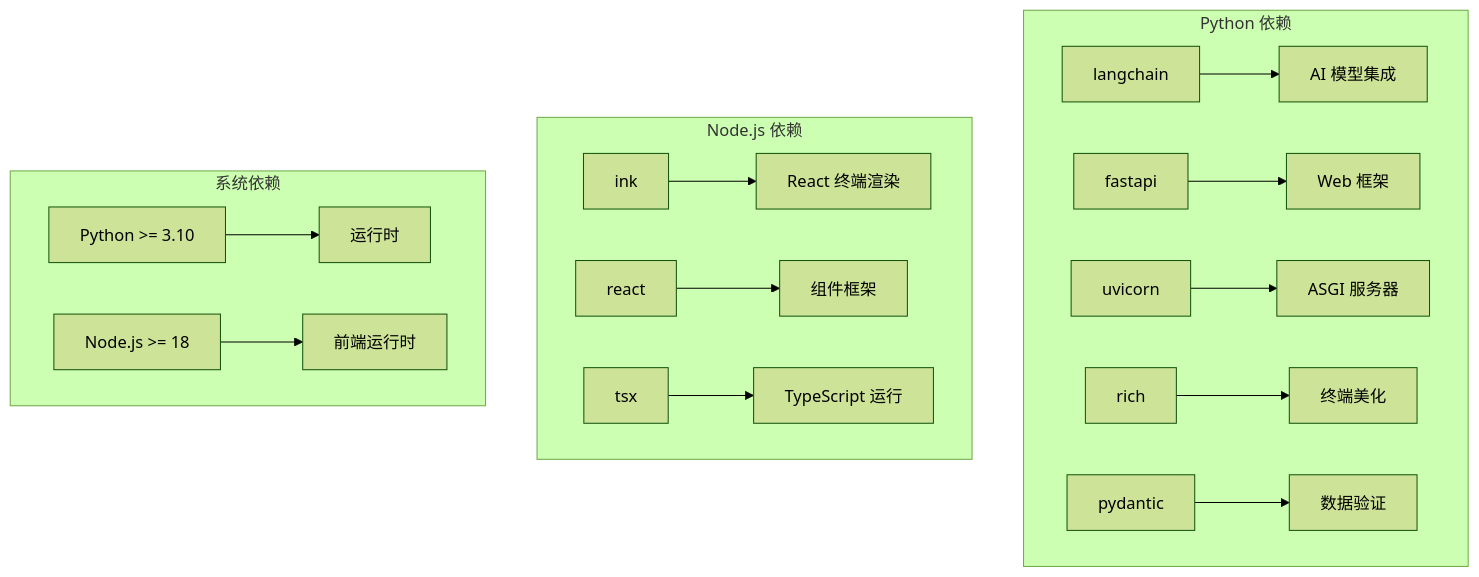
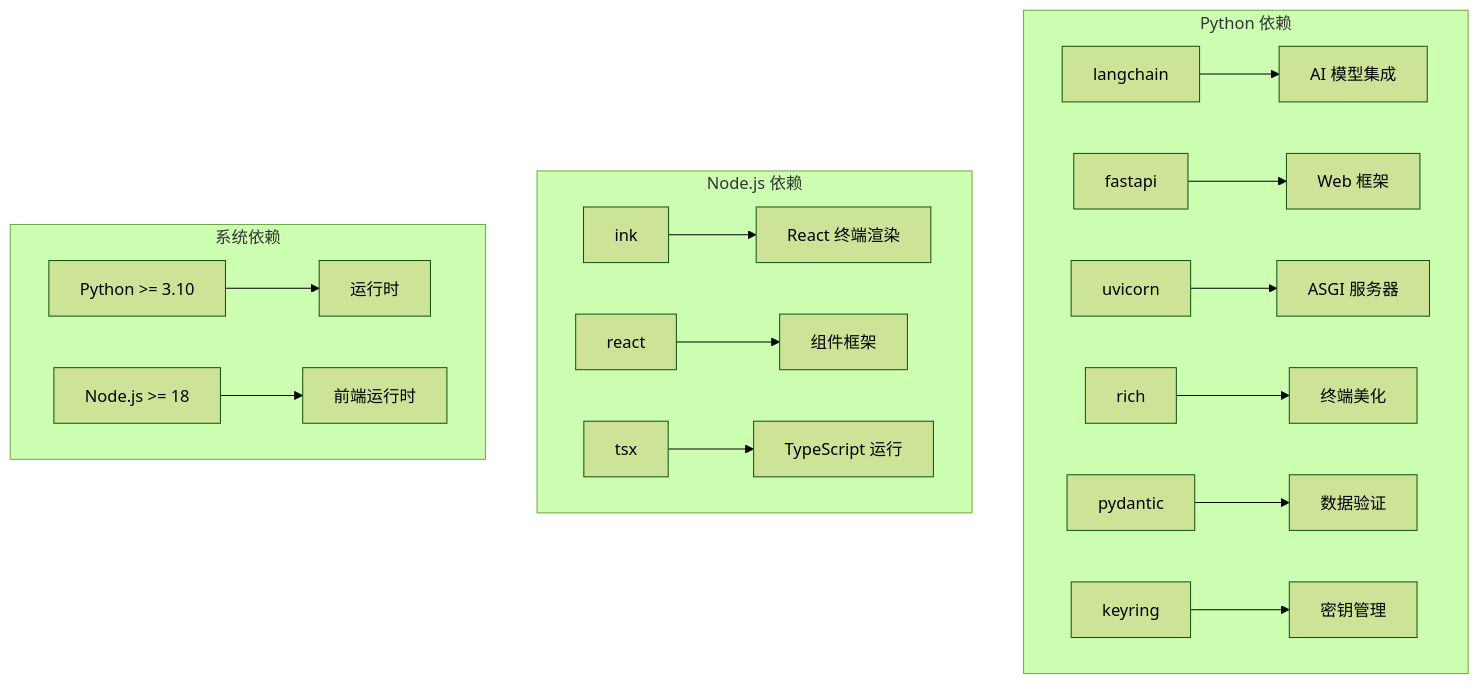
One commit to iammm0/secbot changed the seventh of 8 diagrams in .qoder/repowiki/zh/content/Cli System.md. Above: the diagram before and after it, drawn with Mermaid (forest theme). The commit also changed other lines of this file and 10 other files, not shown here.

````diff
--- a/.qoder/repowiki/zh/content/Cli System.md
+++ b/.qoder/repowiki/zh/content/Cli System.md
@@ -315,19 +336,20 @@
 ```mermaid
 graph TB
 subgraph "Python 依赖"
 A[langchain] --> B[AI 模型集成]
 C[fastapi] --> D[Web 框架]
 E[uvicorn] --> F[ASGI 服务器]
 G[rich] --> H[终端美化]
 I[pydantic] --> J[数据验证]
+K[keyring] --> L[密钥管理]
 end
 subgraph "Node.js 依赖"
-K[ink] --> L[React 终端渲染]
-M[react] --> N[组件框架]
-O[tsx] --> P[TypeScript 运行]
+M[ink] --> N[React 终端渲染]
+O[react] --> P[组件框架]
+Q[tsx] --> R[TypeScript 运行]
 end
 subgraph "系统依赖"
-Q[Python >= 3.10] --> R[运行时]
-S[Node.js >= 18] --> T[前端运行时]
+S[Python >= 3.10] --> T[运行时]
+U[Node.js >= 18] --> V[前端运行时]
 end
 ```
````
